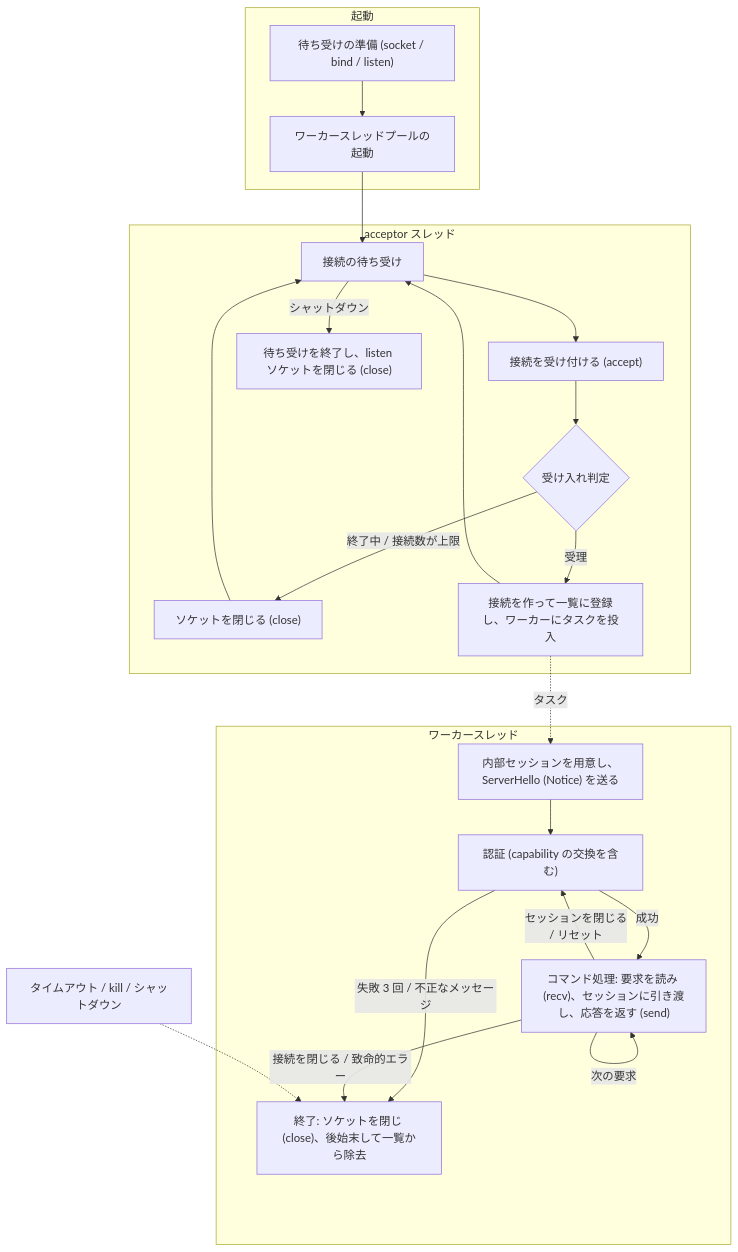
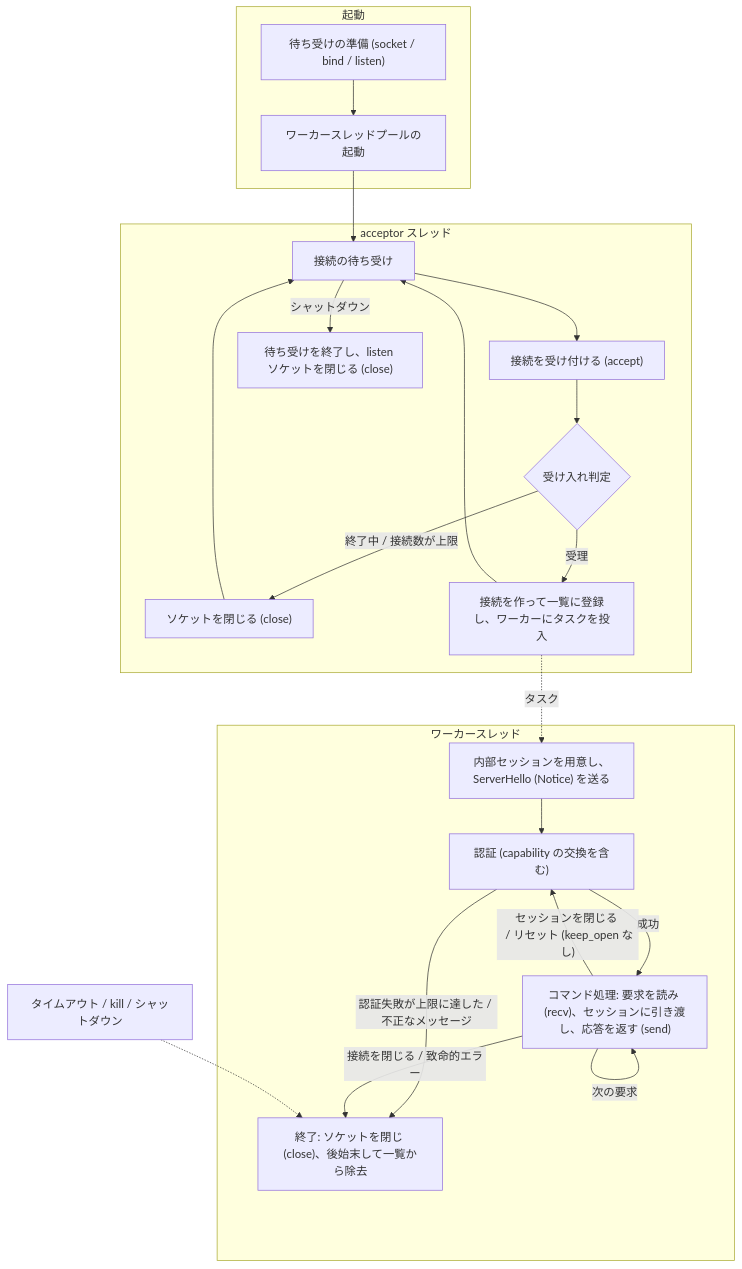
One commit to ren-yamanashi/minesql changed the second of 3 diagrams in docs/specification/connection/connection_handler.md. Above: the diagram before and after it, drawn with Mermaid. The commit also changed other lines of this file and 5 other files, not shown here.

````diff
--- a/docs/specification/connection/connection_handler.md
+++ b/docs/specification/connection/connection_handler.md
@@ -97,26 +100,26 @@
 ```mermaid
 flowchart TD
     subgraph startup ["起動"]
         S1["待ち受けの準備 (socket / bind / listen)"] --> S2["ワーカースレッドプールの起動"]
     end
     subgraph acceptor ["acceptor スレッド"]
         A1["接続の待ち受け"] --> A2["接続を受け付ける (accept)"]
         A2 --> A3{"受け入れ判定"}
         A3 -- "終了中 / 接続数が上限" --> A4["ソケットを閉じる (close)"]
         A3 -- "受理" --> A5["接続を作って一覧に登録し、ワーカーにタスクを投入"]
         A4 --> A1
         A5 --> A1
         A1 -- "シャットダウン" --> A6["待ち受けを終了し、listen ソケットを閉じる (close)"]
     end
     subgraph worker ["ワーカースレッド"]
         W1["内部セッションを用意し、ServerHello (Notice) を送る"] --> W2["認証 (capability の交換を含む)"]
         W2 -- "成功" --> W3["コマンド処理: 要求を読み (recv)、セッションに引き渡し、応答を返す (send)"]
         W3 -- "次の要求" --> W3
-        W3 -- "セッションを閉じる <br /> / リセット" --> W2
-        W2 -- "失敗 3 回 / 不正なメッセージ" --> W4["終了: ソケットを閉じ (close)、後始末して一覧から除去"]
+        W3 -- "セッションを閉じる <br /> / リセット (keep_open なし)" --> W2
+        W2 -- "認証失敗が上限に達した / 不正なメッセージ" --> W4["終了: ソケットを閉じ (close)、後始末して一覧から除去"]
         W3 -- "接続を閉じる / 致命的エラー" --> W4
     end
     S2 --> A1
     A5 -. "タスク" .-> W1
     X["タイムアウト / kill / シャットダウン"] -.-> W4
 ```
````
